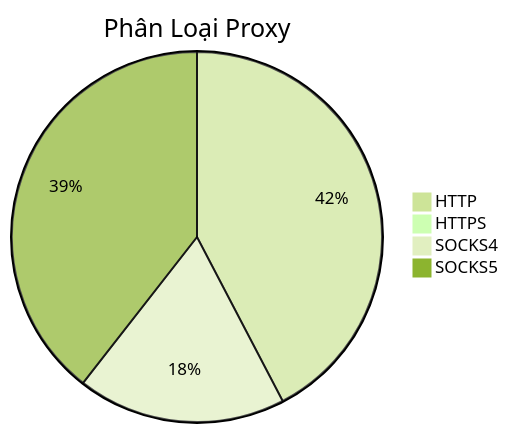
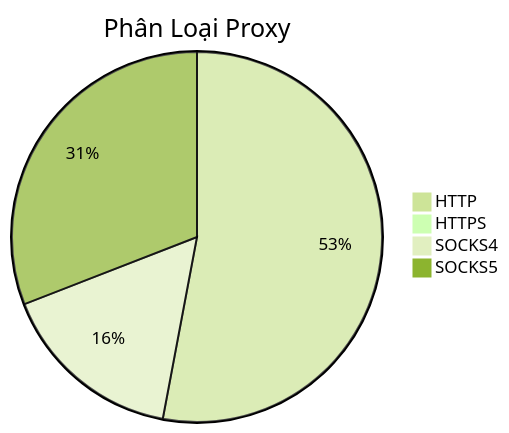
The diagram in README.md (Ciara-12/PROXY-free), drawn with Mermaid (forest theme) before and after one commit. The commit also changed other lines of this file and 4 other files, not shown here.

````diff
--- a/README.md
+++ b/README.md
@@ -26,7 +26,7 @@
 ```mermaid
 pie title Phân Loại Proxy
-    "HTTP" : 674
-    "HTTPS" : 0
-    "SOCKS4" : 290
-    "SOCKS5" : 628
+    "HTTP" : 778
+    "HTTPS" : 2
+    "SOCKS4" : 237
+    "SOCKS5" : 454
 ```
````
